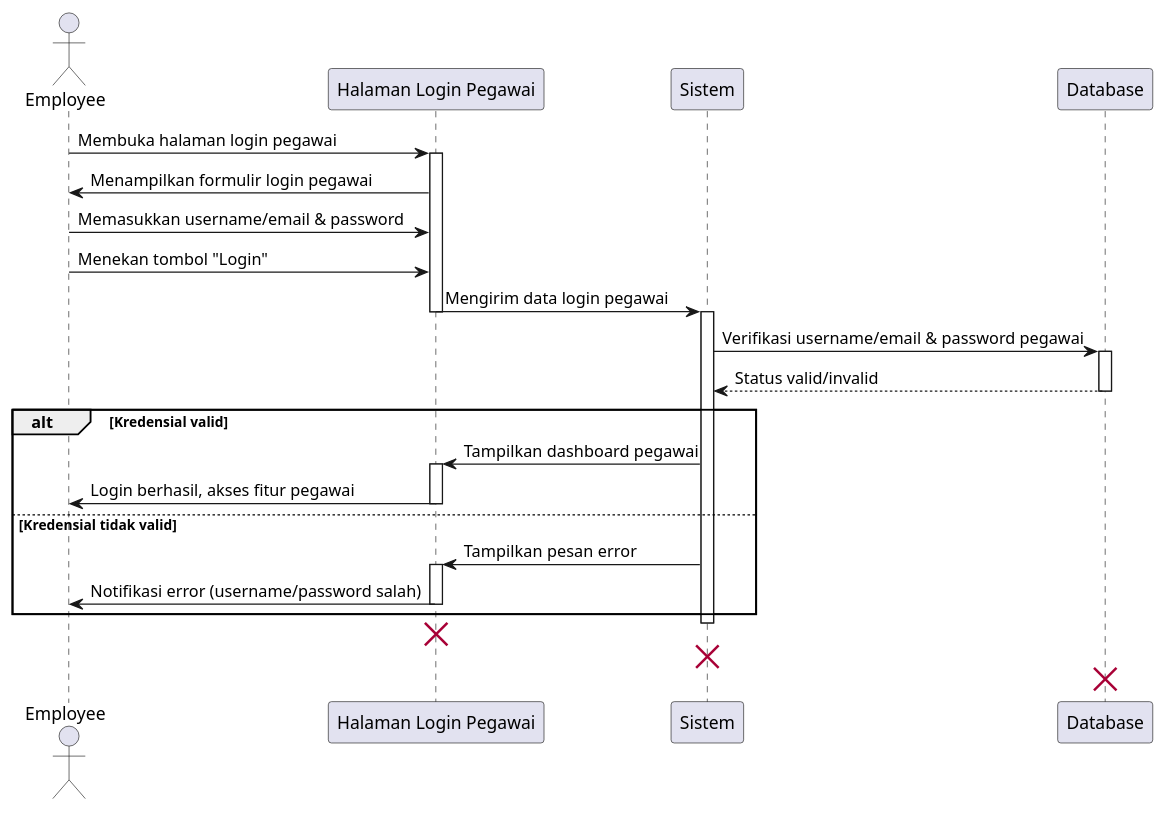
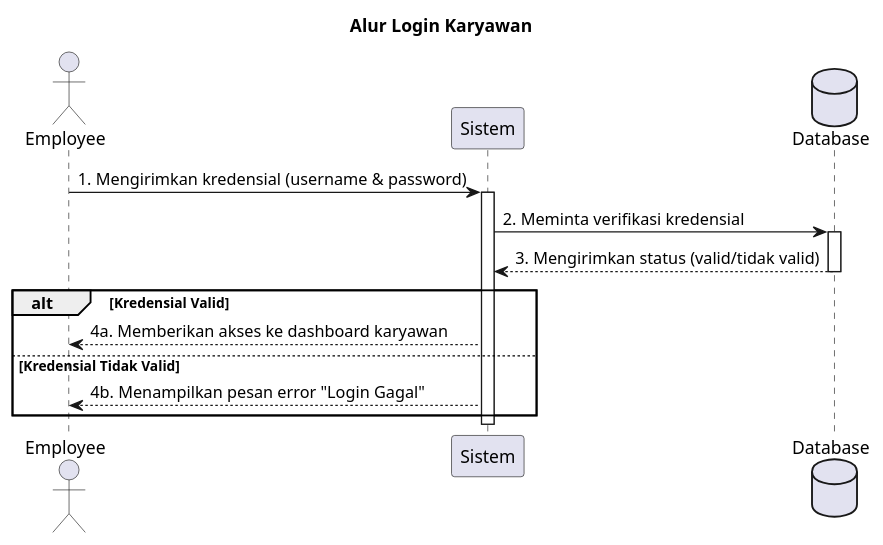
Before and after one commit to myasirnovals/Appl: the diagram in JurnalAPPL/SequenceDiagram/Employee/Login.puml, drawn with PlantUML. The commit also changed 92 other files, not shown here.

Commit message:
memperbaiki seluruh diagram

```diff
--- a/JurnalAPPL/SequenceDiagram/Employee/Login.puml
+++ b/JurnalAPPL/SequenceDiagram/Employee/Login.puml
@@ -1,40 +1,31 @@
 @startuml
+' //===== Konfigurasi Tampilan (Opsional) =====//
+' skinparam actorStyle awesome
+' skinparam sequenceParticipant underline
+' skinparam sequenceArrowingStyle open
+
+' //===== Definisi Aktor & Partisipan =====//
 actor Employee
-participant "Halaman Login Pegawai" as EmployeeLoginForm
 participant "Sistem" as System
-participant "Database" as DB
+database "Database" as DB
 
-Employee -> EmployeeLoginForm : Membuka halaman login pegawai
-activate EmployeeLoginForm
-EmployeeLoginForm -> Employee : Menampilkan formulir login pegawai
+' //===== Alur Diagram =====//
+title Alur Login Karyawan
 
-Employee -> EmployeeLoginForm : Memasukkan username/email & password
-Employee -> EmployeeLoginForm : Menekan tombol "Login"
-EmployeeLoginForm -> System : Mengirim data login pegawai
-deactivate EmployeeLoginForm
+Employee -> System : 1. Mengirimkan kredensial (username & password)
+activate System
 
-activate System
-System -> DB : Verifikasi username/email & password pegawai
+System -> DB : 2. Meminta verifikasi kredensial
 activate DB
-DB --> System : Status valid/invalid
+DB --> System : 3. Mengirimkan status (valid/tidak valid)
 deactivate DB
 
-alt Kredensial valid
-    System -> EmployeeLoginForm : Tampilkan dashboard pegawai
-    activate EmployeeLoginForm
-    EmployeeLoginForm -> Employee : Login berhasil, akses fitur pegawai
-    deactivate EmployeeLoginForm
-else Kredensial tidak valid
-    System -> EmployeeLoginForm : Tampilkan pesan error
-    activate EmployeeLoginForm
-    EmployeeLoginForm -> Employee : Notifikasi error (username/password salah)
-    deactivate EmployeeLoginForm
+alt Kredensial Valid
+    System --> Employee : 4a. Memberikan akses ke dashboard karyawan
+else Kredensial Tidak Valid
+    System --> Employee : 4b. Menampilkan pesan error "Login Gagal"
 end
 
 deactivate System
 
-destroy EmployeeLoginForm
-destroy System
-destroy DB
-
 @enduml
```
